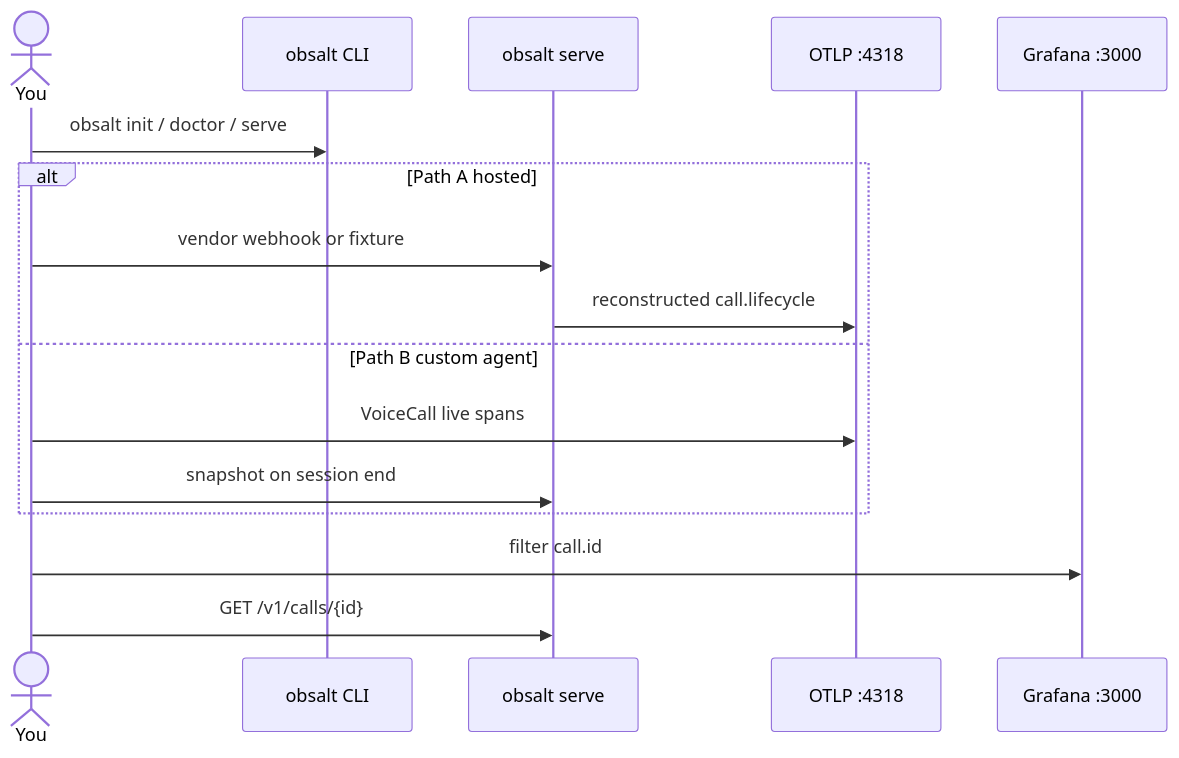
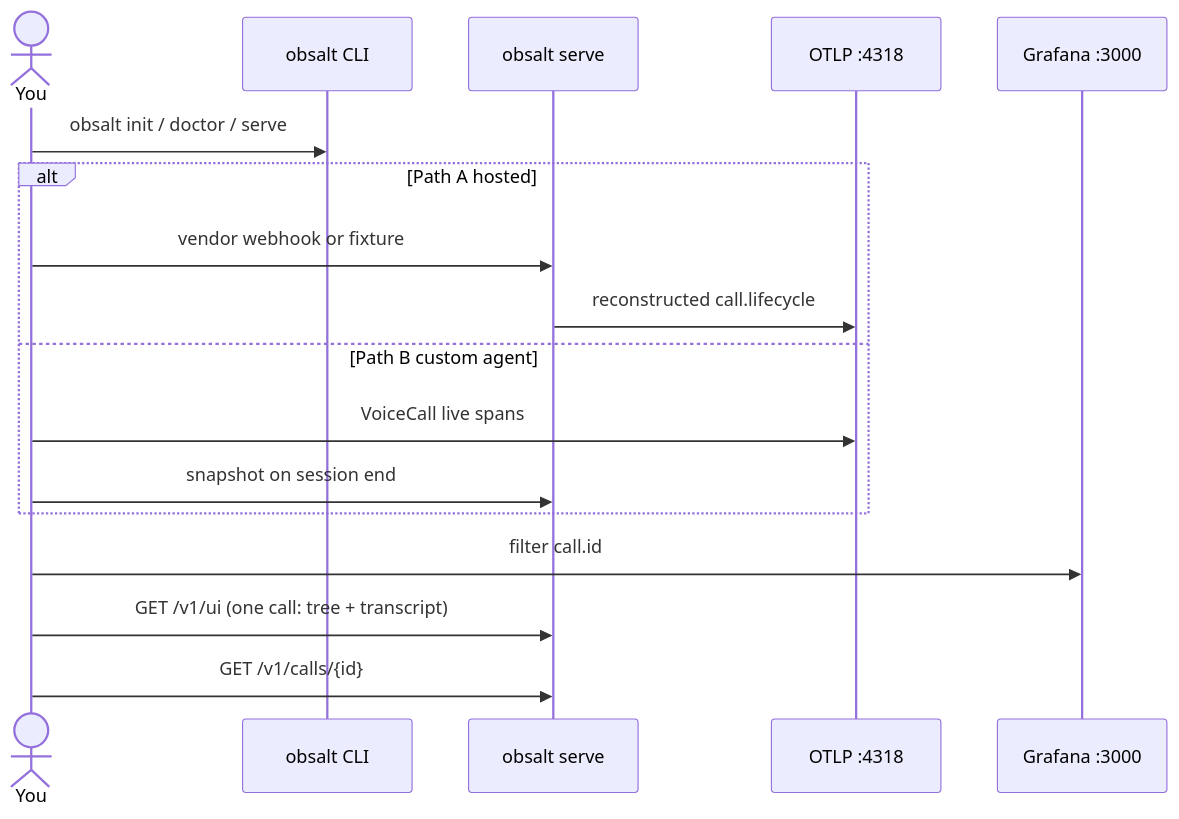
The diagram in docs/getting-started.md (obsalt/obsalt-legacy), drawn with Mermaid before and after one commit. The commit also changed other lines of this file and 30 other files, not shown here.

````diff
--- a/docs/getting-started.md
+++ b/docs/getting-started.md
@@ -14,19 +14,20 @@
 ```mermaid
 sequenceDiagram
   actor You
   participant CLI as obsalt CLI
   participant API as obsalt serve
   participant OTLP as OTLP :4318
   participant Grafana as Grafana :3000
 
   You->>CLI: obsalt init / doctor / serve
   alt Path A hosted
     You->>API: vendor webhook or fixture
     API->>OTLP: reconstructed call.lifecycle
   else Path B custom agent
     You->>OTLP: VoiceCall live spans
     You->>API: snapshot on session end
   end
   You->>Grafana: filter call.id
+  You->>API: GET /v1/ui  (one call: tree + transcript)
   You->>API: GET /v1/calls/{id}
 ```
````
